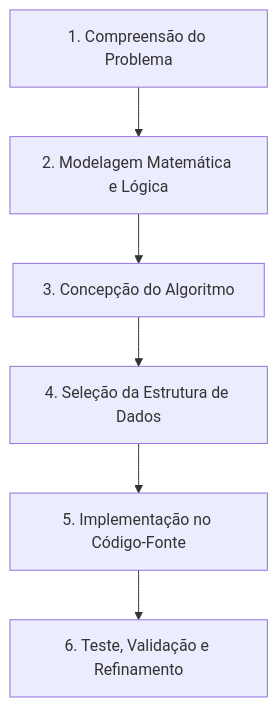
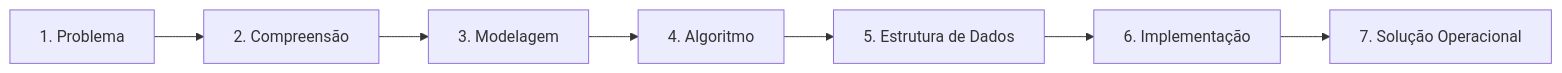
One commit to murilolol/unifef changed the fourth of 33 diagrams in 4º Semestre/[Prof. Wesley Soares] Estrutura de Dados I/Resumos-IA/Caderno-Consolidado.md. Above: the diagram before and after it, drawn with Mermaid. The commit also changed other lines of this file and 18 other files, not shown here.

````diff
--- a/4º Semestre/[Prof. Wesley Soares] Estrutura de Dados I/Resumos-IA/Caderno-Consolidado.md
+++ b/4º Semestre/[Prof. Wesley Soares] Estrutura de Dados I/Resumos-IA/Caderno-Consolidado.md
@@ -226,8 +246,9 @@
 ```mermaid
-flowchart TD
-    P1["1. Compreensão do Problema"] --> P2["2. Modelagem Matemática e Lógica"]
-    P2 --> P3["3. Concepção do Algoritmo"]
-    P3 --> P4["4. Seleção da Estrutura de Dados"]
-    P4 --> P5["5. Implementação no Código-Fonte"]
-    P5 --> P6["6. Teste, Validação e Refinamento"]
+flowchart LR
+    P["1. Problema"] --> C["2. Compreensão"]
+    C --> M["3. Modelagem"]
+    M --> A["4. Algoritmo"]
+    A --> ED["5. Estrutura de Dados"]
+    ED --> I["6. Implementação"]
+    I --> S["7. Solução Operacional"]
 ```
````
